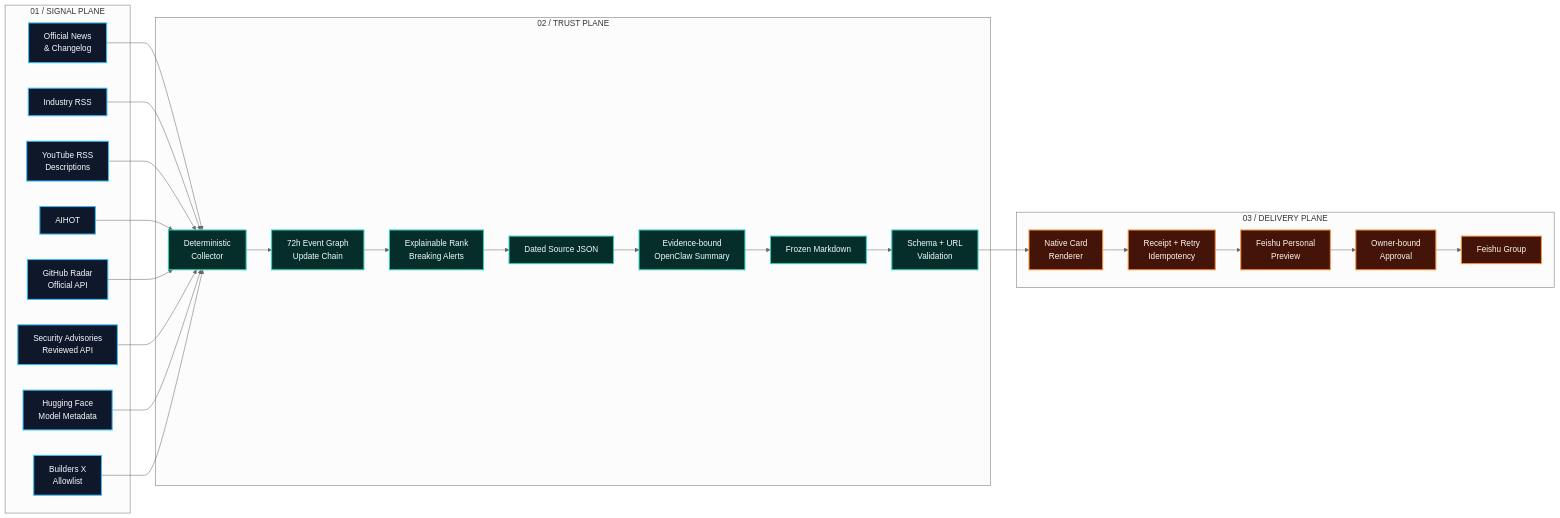
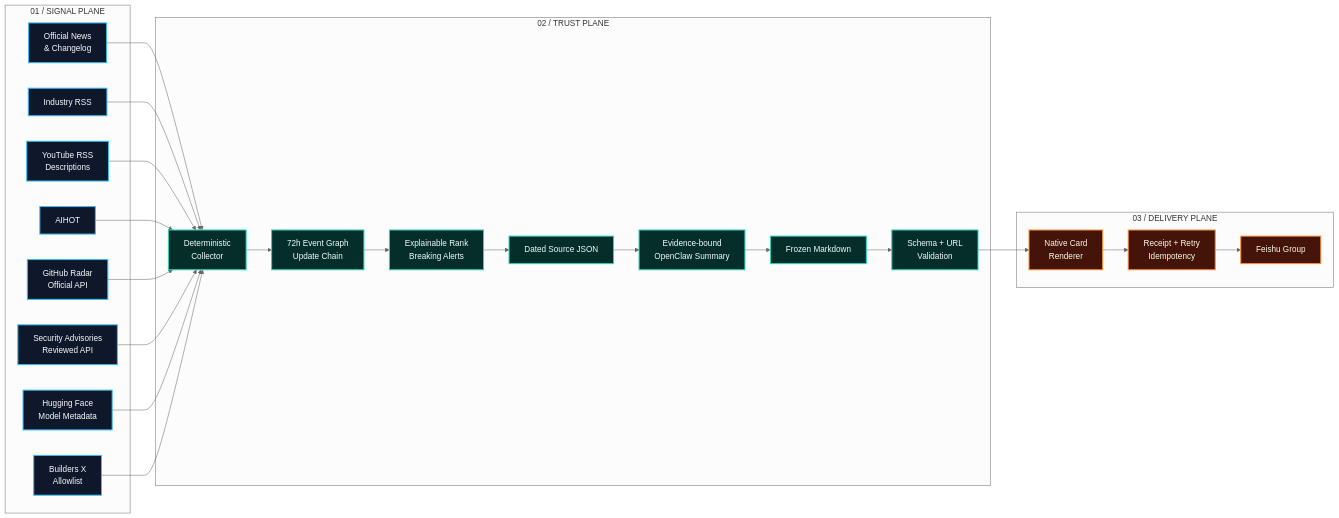
One commit to Health-525/ai-news-skills changed the diagram in README.md. Above: the diagram before and after it, drawn with Mermaid (neutral theme). The commit also changed other lines of this file and 4 other files, not shown here.

````diff
--- a/README.md
+++ b/README.md
@@ -47,41 +47,39 @@
 ```mermaid
 flowchart LR
     subgraph SIGNAL["01 / SIGNAL PLANE"]
         A["Official News<br/>& Changelog"]
         B["Industry RSS"]
         C["YouTube RSS<br/>Descriptions"]
         D["AIHOT"]
         E["GitHub Radar<br/>Official API"]
         P["Security Advisories<br/>Reviewed API"]
         Q["Hugging Face<br/>Model Metadata"]
         N["Builders X<br/>Allowlist"]
     end
 
     subgraph TRUST["02 / TRUST PLANE"]
         F["Deterministic<br/>Collector"]
         R["72h Event Graph<br/>Update Chain"]
         S["Explainable Rank<br/>Breaking Alerts"]
         G["Dated Source JSON"]
         H["Evidence-bound<br/>OpenClaw Summary"]
         I["Frozen Markdown"]
         J["Schema + URL<br/>Validation"]
     end
 
     subgraph DELIVERY["03 / DELIVERY PLANE"]
         K["Native Card<br/>Renderer"]
         L["Receipt + Retry<br/>Idempotency"]
-        M["Feishu Personal<br/>Preview"]
-        U["Owner-bound<br/>Approval"]
-        V["Feishu Group"]
+        M["Feishu Group"]
     end
 
     A & B & C & D & E & P & Q & N --> F
-    F --> R --> S --> G --> H --> I --> J --> K --> L --> M --> U --> V
+    F --> R --> S --> G --> H --> I --> J --> K --> L --> M
 
     classDef signal fill:#0f172a,stroke:#38bdf8,color:#f8fafc,stroke-width:2px
     classDef trust fill:#052e2b,stroke:#2dd4bf,color:#f0fdfa,stroke-width:2px
     classDef delivery fill:#431407,stroke:#fb923c,color:#fff7ed,stroke-width:2px
     class A,B,C,D,E,N,P,Q signal
     class F,R,S,G,H,I,J trust
-    class K,L,M,U,V delivery
+    class K,L,M delivery
 ```
````
